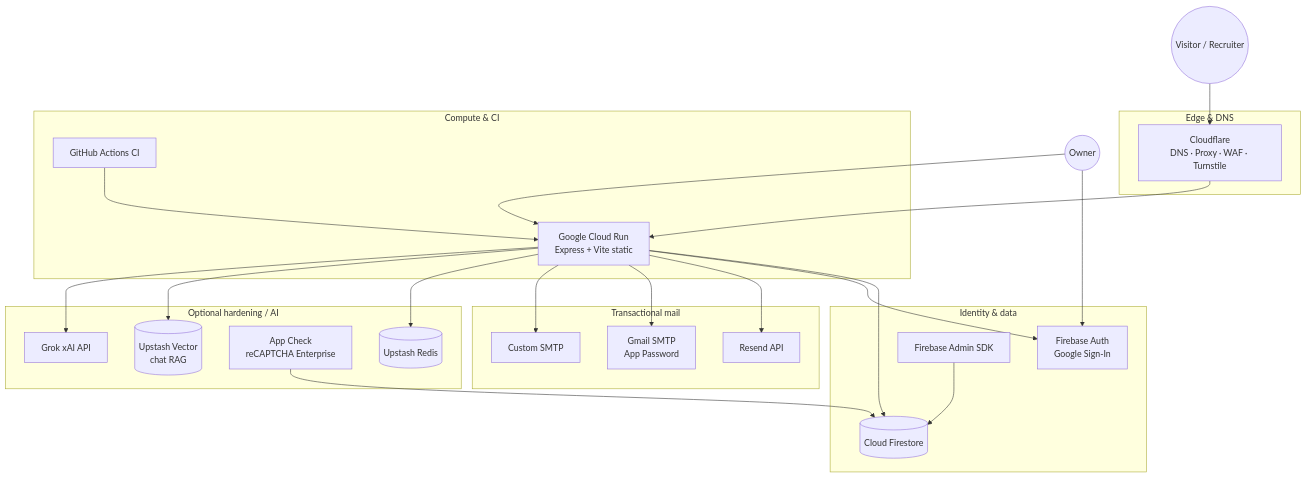
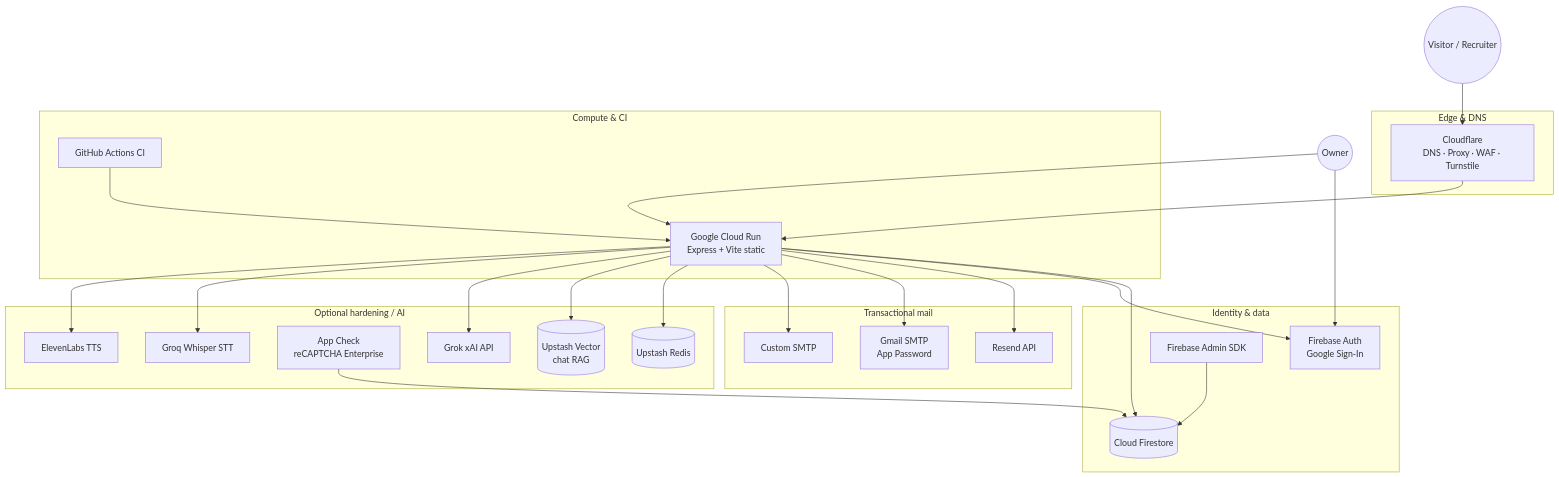
One commit to mosufyan/sufyan-portfolio changed the first of 5 diagrams in docs/EXTERNAL_TOOLS_AND_COSTS.md. Above: the diagram before and after it, drawn with Mermaid. The commit also changed other lines of this file and 38 other files, not shown here.

````diff
--- a/docs/EXTERNAL_TOOLS_AND_COSTS.md
+++ b/docs/EXTERNAL_TOOLS_AND_COSTS.md
@@ -13,48 +13,52 @@
 ```mermaid
 flowchart TB
   Visitor((Visitor / Recruiter))
   Owner((Owner))
 
   subgraph Edge["Edge & DNS"]
     CF[Cloudflare<br/>DNS · Proxy · WAF · Turnstile]
   end
 
   subgraph Compute["Compute & CI"]
     CR[Google Cloud Run<br/>Express + Vite static]
     GH[GitHub Actions CI]
   end
 
   subgraph IdentityData["Identity & data"]
     FA[Firebase Auth<br/>Google Sign-In]
     FS[(Cloud Firestore)]
     Admin[Firebase Admin SDK]
   end
 
   subgraph Mail["Transactional mail"]
     Resend[Resend API]
     Gmail[Gmail SMTP<br/>App Password]
     SMTP[Custom SMTP]
   end
 
   subgraph Optional["Optional hardening / AI"]
     Redis[(Upstash Redis)]
     Vector[(Upstash Vector<br/>chat RAG)]
     AppCheck[App Check<br/>reCAPTCHA Enterprise]
     Grok[Grok xAI API]
+    Groq[Groq Whisper STT]
+    Eleven[ElevenLabs TTS]
   end
 
   Visitor --> CF --> CR
   Owner --> FA
   Owner --> CR
   CR --> FS
   CR --> FA
   CR --> Resend
   CR --> Gmail
   CR --> SMTP
   CR --> Redis
   CR --> Vector
   CR --> Grok
+  CR --> Groq
+  CR --> Eleven
   Admin --> FS
   AppCheck --> FS
   GH --> CR
 ```
````
